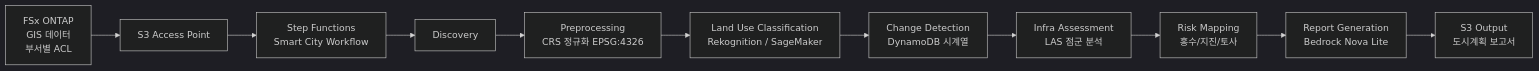
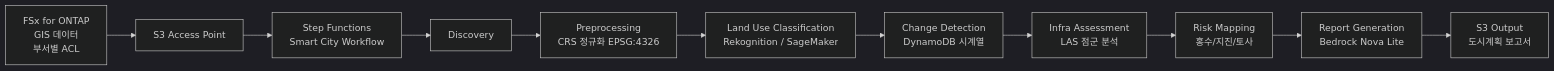
Before and after one commit to Yoshiki0705/FSx-for-ONTAP-S3AccessPoints-Serverless-Patterns: the diagram in smart-city-geospatial/docs/architecture.ko.md, drawn with Mermaid (dark theme). The commit also changed other lines of this file and 752 other files, not shown here.

````diff
--- a/smart-city-geospatial/docs/architecture.ko.md
+++ b/smart-city-geospatial/docs/architecture.ko.md
@@ -15,13 +15,13 @@
 ```mermaid
 graph LR
-    FSx[FSx ONTAP<br/>GIS 데이터<br/>부서별 ACL] --> S3AP[S3 Access Point]
+    FSx[FSx for ONTAP<br/>GIS 데이터<br/>부서별 ACL] --> S3AP[S3 Access Point]
     S3AP --> SFN[Step Functions<br/>Smart City Workflow]
     SFN --> L1[Discovery]
     L1 --> L2[Preprocessing<br/>CRS 정규화 EPSG:4326]
     L2 --> L3[Land Use Classification<br/>Rekognition / SageMaker]
     L3 --> L4[Change Detection<br/>DynamoDB 시계열]
     L4 --> L5[Infra Assessment<br/>LAS 점군 분석]
     L5 --> L6[Risk Mapping<br/>홍수/지진/토사]
     L6 --> L7[Report Generation<br/>Bedrock Nova Lite]
     L7 --> S3O[S3 Output<br/>도시계획 보고서]
 ```
````
